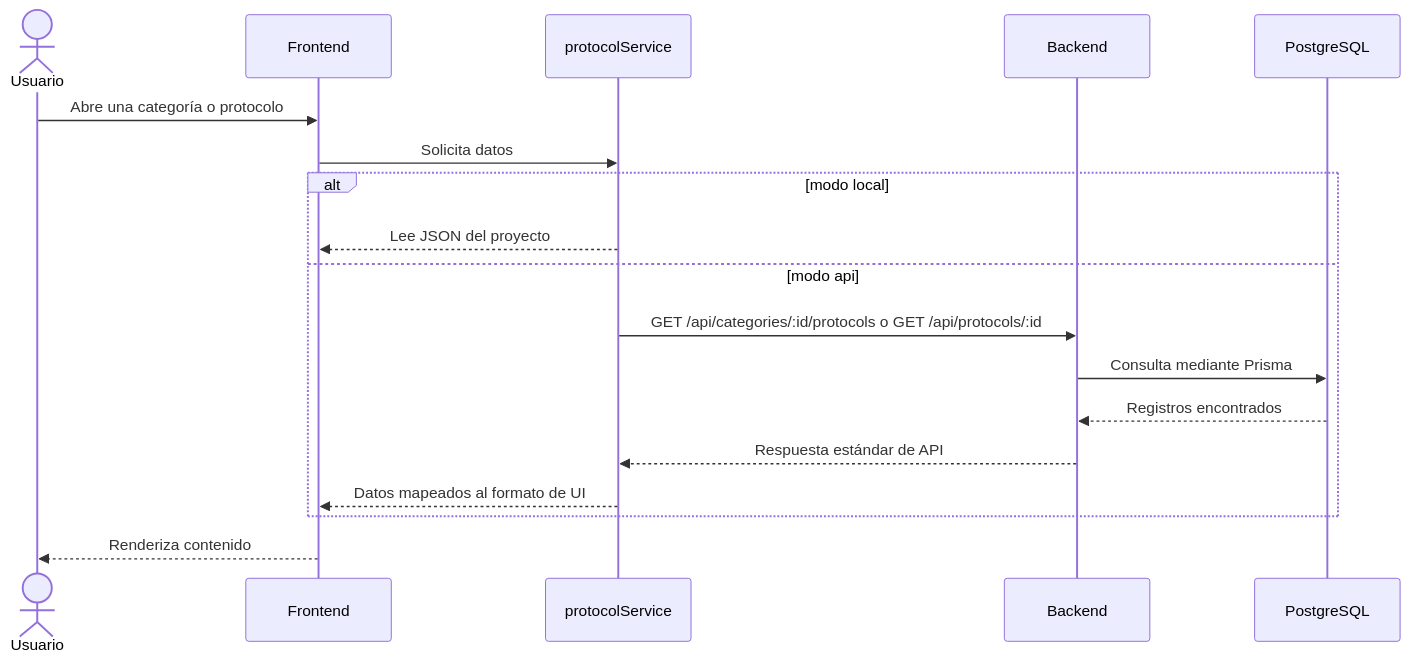
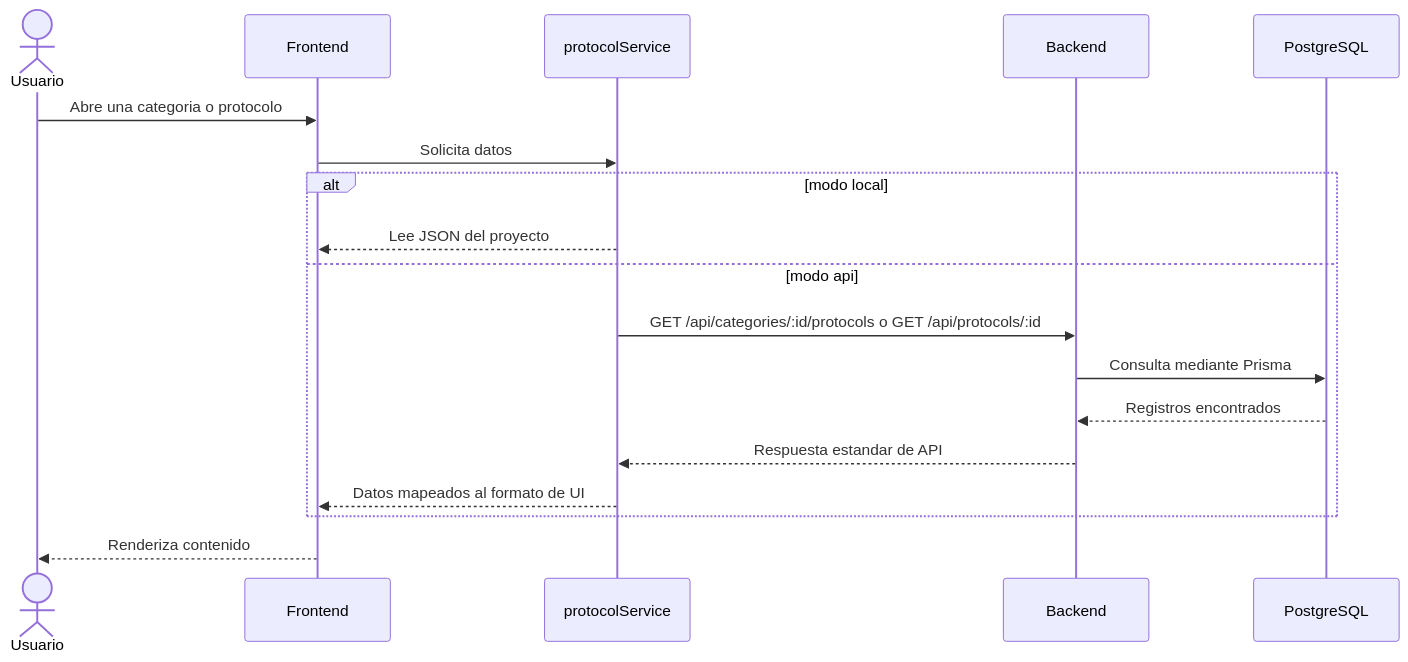
One commit to GRAN-J/sportmetric changed the fourth of 5 diagrams in docs-engineering/architecture/arquitectura-general.md. Above: the diagram before and after it, drawn with Mermaid. The commit also changed other lines of this file and 7 other files, not shown here.

````diff
--- a/docs-engineering/architecture/arquitectura-general.md
+++ b/docs-engineering/architecture/arquitectura-general.md
@@ -71,21 +95,21 @@
 ```mermaid
 sequenceDiagram
     actor U as Usuario
     participant F as Frontend
     participant S as protocolService
     participant B as Backend
     participant D as PostgreSQL
 
-    U->>F: Abre una categoría o protocolo
+    U->>F: Abre una categoria o protocolo
     F->>S: Solicita datos
     alt modo local
         S-->>F: Lee JSON del proyecto
     else modo api
         S->>B: GET /api/categories/:id/protocols o GET /api/protocols/:id
         B->>D: Consulta mediante Prisma
         D-->>B: Registros encontrados
-        B-->>S: Respuesta estándar de API
+        B-->>S: Respuesta estandar de API
         S-->>F: Datos mapeados al formato de UI
     end
     F-->>U: Renderiza contenido
 ```
````
